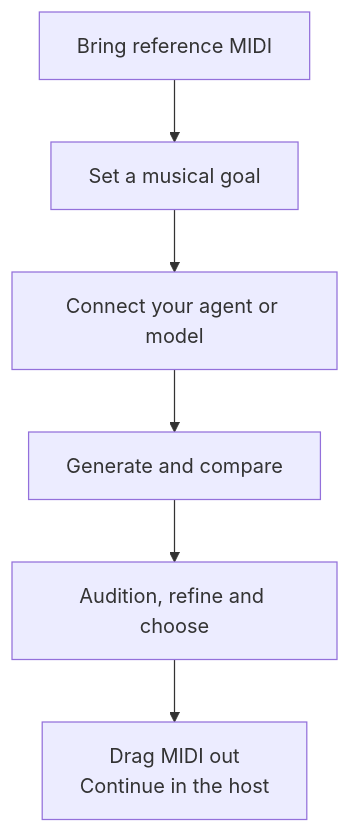
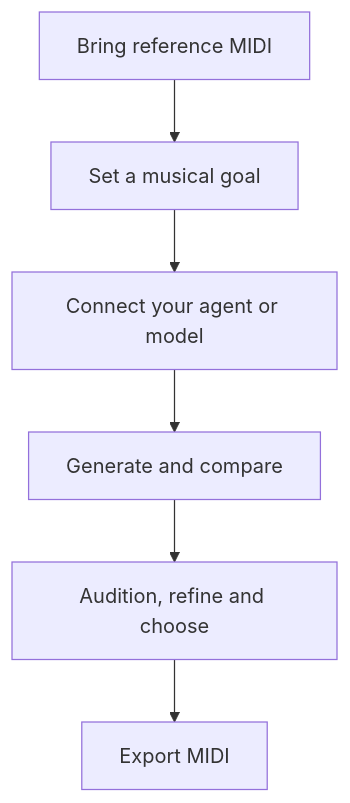
One commit to ryurikoneko/DAWLoop changed the second of 6 diagrams in README.en.md. Above: the diagram before and after it, drawn with Mermaid. The commit also changed other lines of this file and 1 other file, not shown here.

Commit message:
docs(composer): clarify release preparation and narrow-screen flow

````diff
--- a/README.en.md
+++ b/README.en.md
@@ -99,8 +99,8 @@
 ```mermaid
 flowchart TD
     A[Bring reference MIDI] --> B[Set a musical goal]
     B --> C[Connect your agent or model]
     C --> D[Generate and compare]
     D --> E[Audition, refine and choose]
-    E --> F[Drag MIDI out<br/>Continue in the host]
+    E --> F[Export MIDI]
 ```
````
